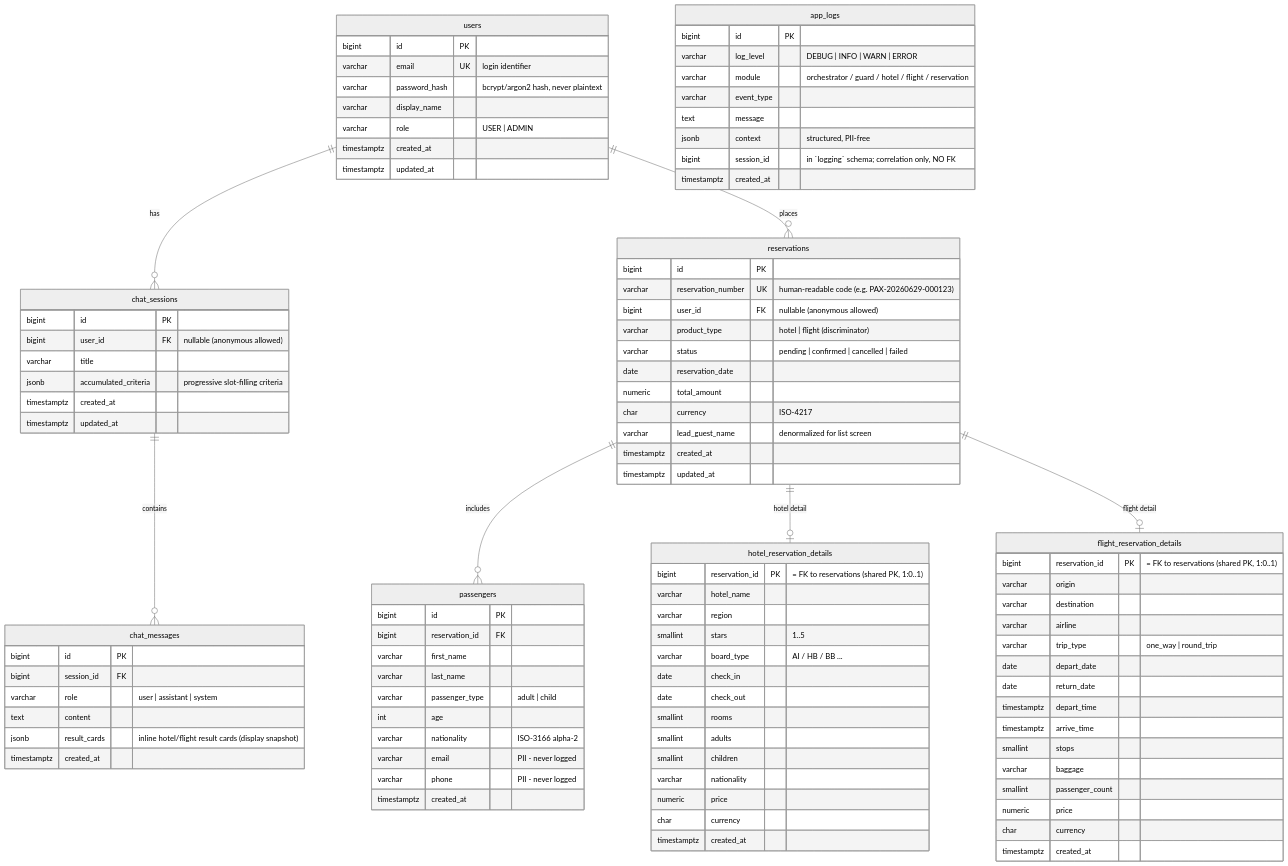
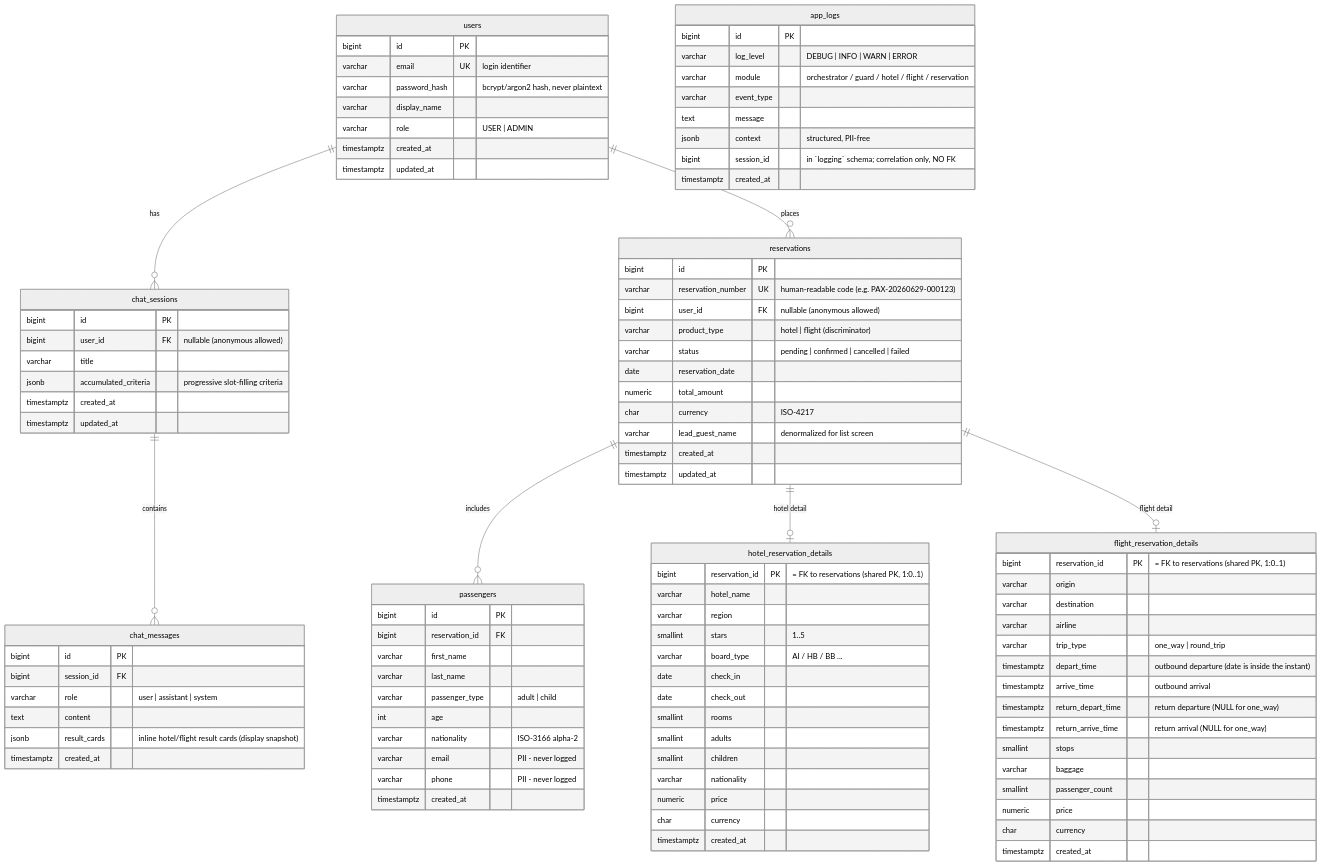
Before and after one commit to Zehra03/tv-chatbot: the diagram in docs/database-er-diagram.md, drawn with Mermaid (neutral theme). The commit also changed other lines of this file and 1 other file, not shown here.

Commit message:
refactor(db): model flight itinerary as precise instants, drop redundant dates
flight_reservation_details mixed a calendar-date and a precise-instant
model: depart_date duplicated depart_time, and only the outbound leg
carried times. Replace depart_date/return_date with symmetric timestamptz
instants per leg (depart/arrive + return_depart/return_arrive, NULL on
one-way) and add CHECKs keeping the legs consistent. Diagram updated in sync.

```diff
--- a/docs/database-er-diagram.md
+++ b/docs/database-er-diagram.md
@@ -101,10 +101,10 @@
         varchar destination
         varchar airline
         varchar trip_type "one_way | round_trip"
-        date depart_date
-        date return_date
-        timestamptz depart_time
-        timestamptz arrive_time
+        timestamptz depart_time "outbound departure (date is inside the instant)"
+        timestamptz arrive_time "outbound arrival"
+        timestamptz return_depart_time "return departure (NULL for one_way)"
+        timestamptz return_arrive_time "return arrival (NULL for one_way)"
         smallint stops
         varchar baggage
         smallint passenger_count
```
